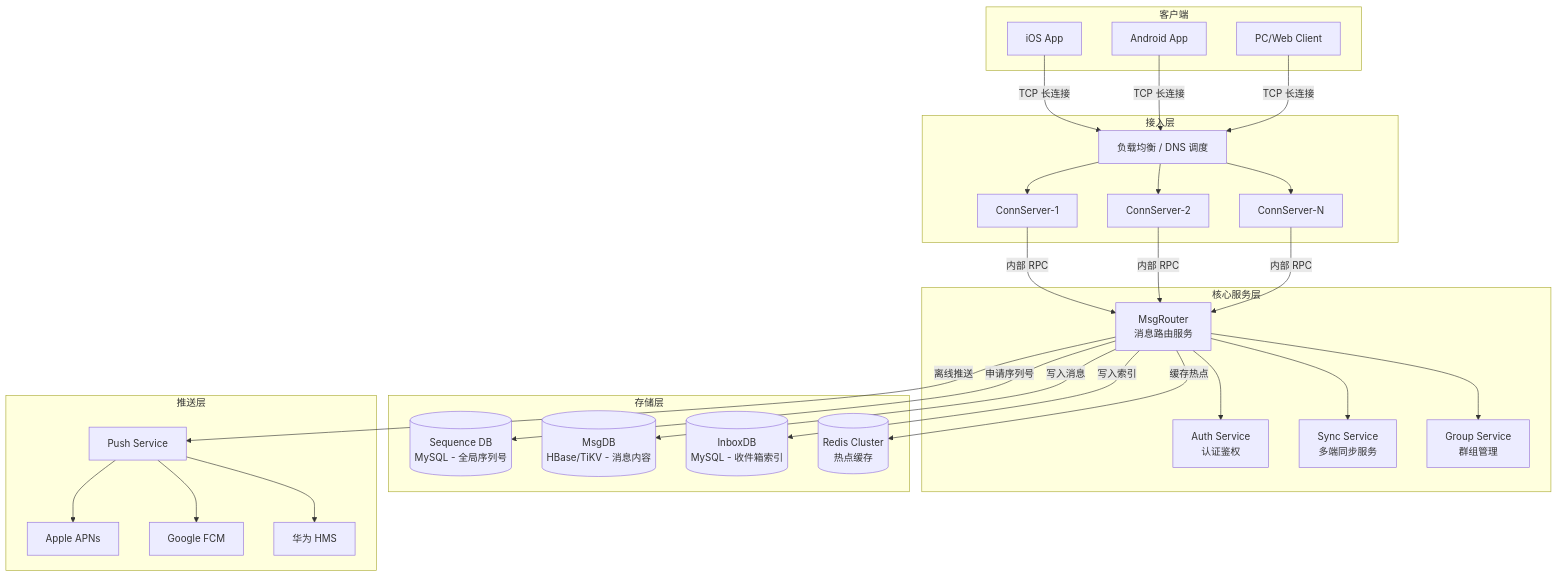
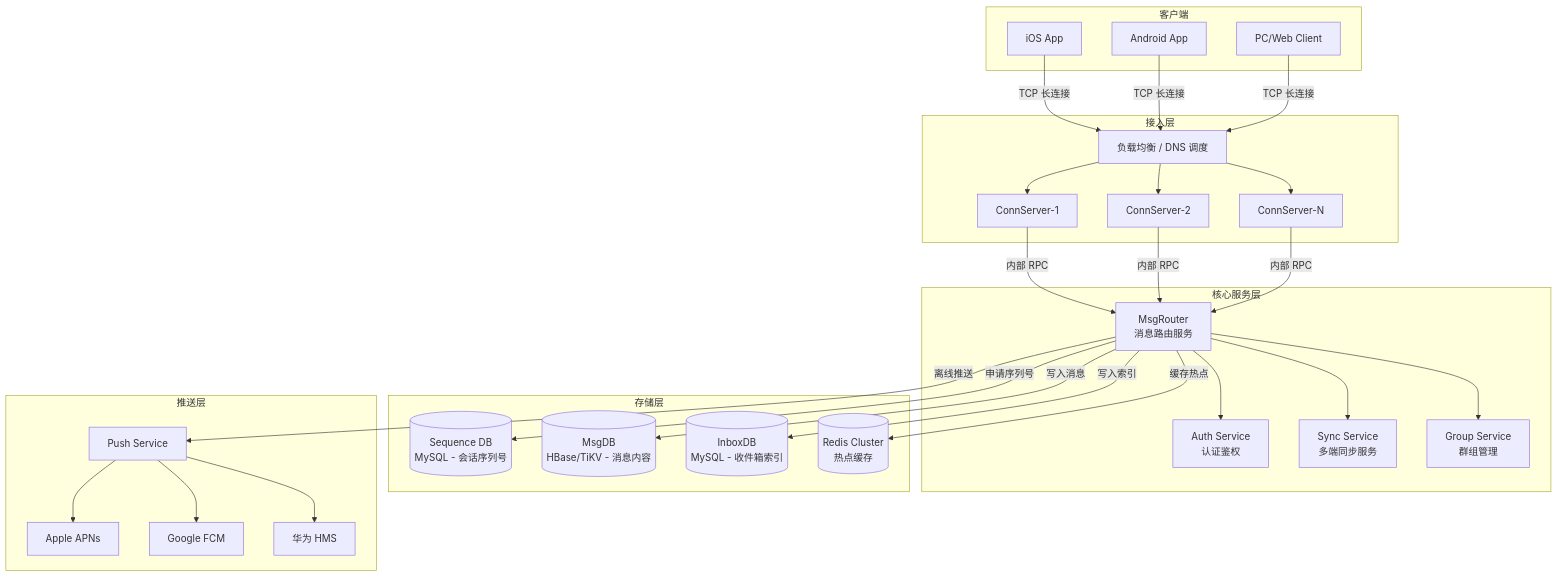
The first of 5 diagrams in docs/system-design/interview-cases/wechat-messaging.md (liukun2634/dev-interview-guide), drawn with Mermaid before and after one commit. The commit also changed other lines of this file and 25 other files, not shown here.

````diff
--- a/docs/system-design/interview-cases/wechat-messaging.md
+++ b/docs/system-design/interview-cases/wechat-messaging.md
@@ -57,49 +62,49 @@
 ```mermaid
 graph TB
     subgraph Client["客户端"]
         iOS[iOS App]
         Android[Android App]
         PC[PC/Web Client]
     end
 
     subgraph Gateway["接入层"]
         LB[负载均衡 / DNS 调度]
         CS1[ConnServer-1]
         CS2[ConnServer-2]
         CSN[ConnServer-N]
     end
 
     subgraph Core["核心服务层"]
         MR[MsgRouter\n消息路由服务]
         Auth[Auth Service\n认证鉴权]
         Sync[Sync Service\n多端同步服务]
         Group[Group Service\n群组管理]
     end
 
     subgraph Storage["存储层"]
-        SeqDB[(Sequence DB\nMySQL - 全局序列号)]
+        SeqDB[(Sequence DB\nMySQL - 会话序列号)]
         MsgDB[(MsgDB\nHBase/TiKV - 消息内容)]
         InboxDB[(InboxDB\nMySQL - 收件箱索引)]
         Cache[(Redis Cluster\n热点缓存)]
     end
 
     subgraph Push["推送层"]
         PushSvc[Push Service]
         APNs[Apple APNs]
         FCM[Google FCM]
         HMS[华为 HMS]
     end
 
     iOS & Android & PC -->|TCP 长连接| LB
     LB --> CS1 & CS2 & CSN
     CS1 & CS2 & CSN -->|内部 RPC| MR
     MR --> Auth
     MR --> Sync
     MR --> Group
     MR -->|写入消息| MsgDB
     MR -->|写入索引| InboxDB
     MR -->|申请序列号| SeqDB
     MR -->|缓存热点| Cache
     MR -->|离线推送| PushSvc
     PushSvc --> APNs & FCM & HMS
 ```
````
